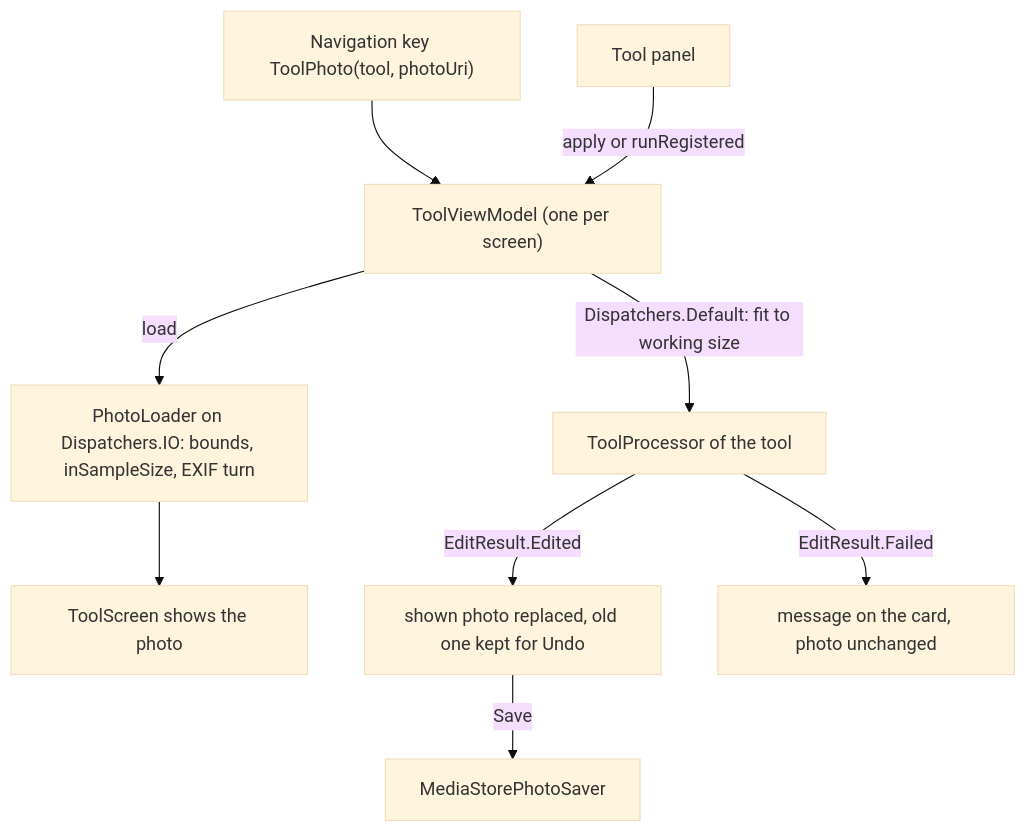
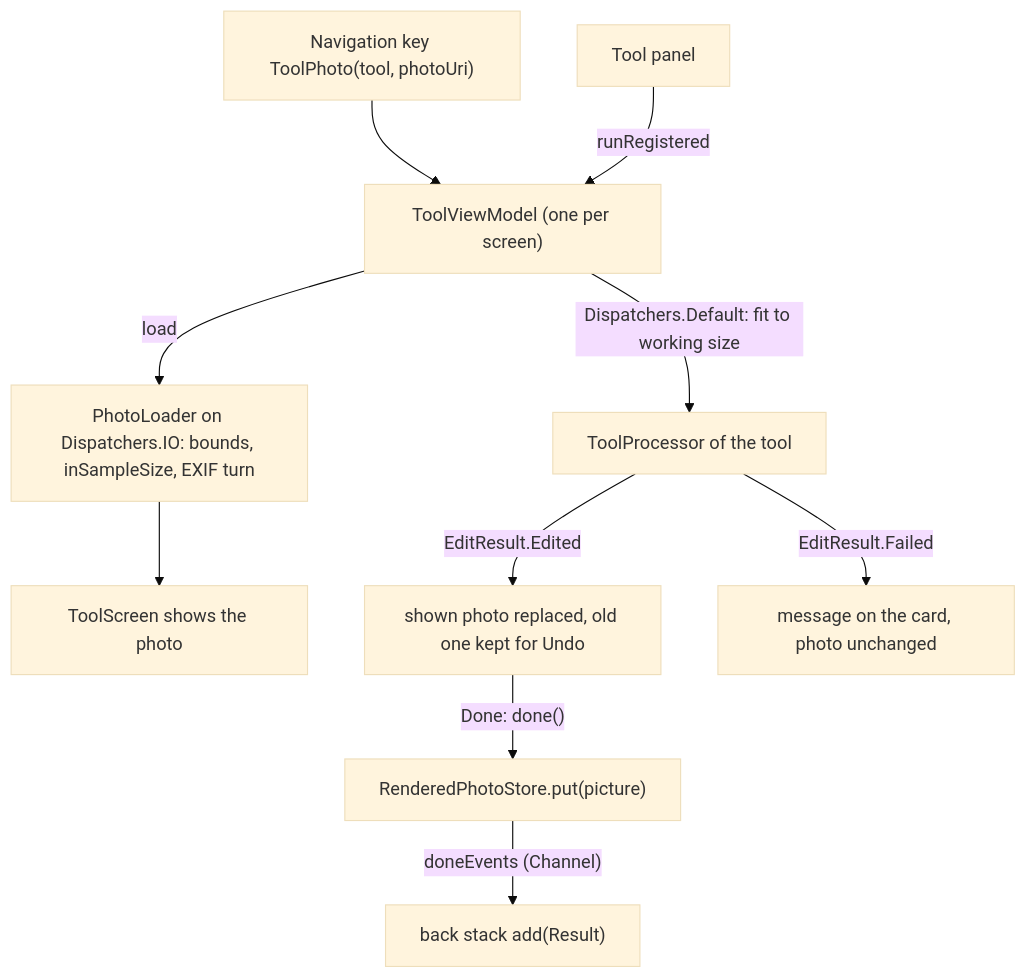
One commit to Phong-Kaster/Kanso changed the diagram in docs/features/tool-screen.md. Above: the diagram before and after it, drawn with Mermaid (base theme). The commit also changed other lines of this file and 39 other files, not shown here.

````diff
--- a/docs/features/tool-screen.md
+++ b/docs/features/tool-screen.md
@@ -55,11 +64,12 @@
 ```mermaid
 flowchart TD
     K["Navigation key ToolPhoto(tool, photoUri)"] --> VM["ToolViewModel (one per screen)"]
     VM -->|load| L["PhotoLoader on Dispatchers.IO: bounds, inSampleSize, EXIF turn"]
     L --> S["ToolScreen shows the photo"]
-    P["Tool panel"] -->|apply or runRegistered| VM
+    P["Tool panel"] -->|runRegistered| VM
     VM -->|"Dispatchers.Default: fit to working size"| TP["ToolProcessor of the tool"]
     TP -->|EditResult.Edited| VM2["shown photo replaced, old one kept for Undo"]
     TP -->|EditResult.Failed| F["message on the card, photo unchanged"]
-    VM2 -->|Save| SV["MediaStorePhotoSaver"]
+    VM2 -->|"Done: done()"| ST["RenderedPhotoStore.put(picture)"]
+    ST -->|"doneEvents (Channel)"| R["back stack add(Result)"]
 ```
````
